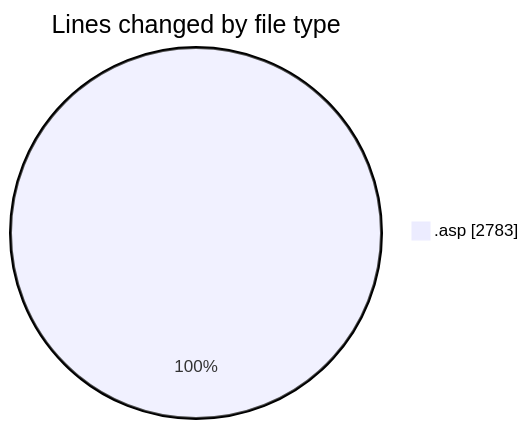
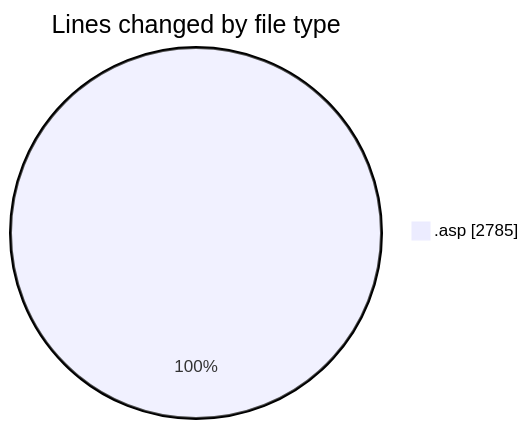
One commit to julien-gomy/code-tracking changed the first of 2 diagrams in 2025-10-31/cdp_aleoudev_fr__workspace_/README.md. Above: the diagram before and after it, drawn with Mermaid. The commit also changed other lines of this file and 1 other file, not shown here.

````diff
--- a/2025-10-31/cdp_aleoudev_fr__workspace_/README.md
+++ b/2025-10-31/cdp_aleoudev_fr__workspace_/README.md
@@ -21,5 +21,5 @@
 ```mermaid
 pie showData
 title Lines changed by file type
-".asp" : 2783
+".asp" : 2785
 ```
````
